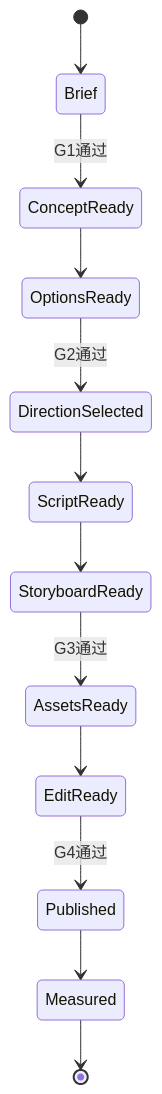
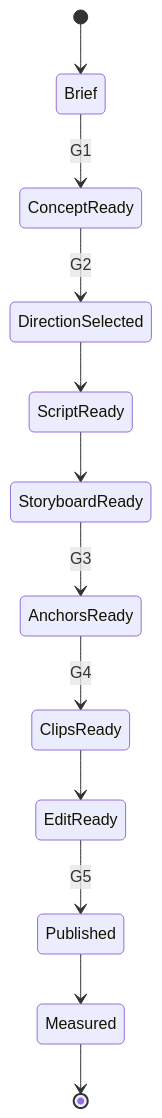
The diagram in docs/architecture.md (yet-tang/fableflow), drawn with Mermaid before and after one commit. The commit also changed other lines of this file and 14 other files, not shown here.

````diff
--- a/docs/architecture.md
+++ b/docs/architecture.md
@@ -53,14 +52,14 @@
 ```mermaid
 stateDiagram-v2
     [*] --> Brief
-    Brief --> ConceptReady: G1通过
-    ConceptReady --> OptionsReady
-    OptionsReady --> DirectionSelected: G2通过
+    Brief --> ConceptReady: G1
+    ConceptReady --> DirectionSelected: G2
     DirectionSelected --> ScriptReady
     ScriptReady --> StoryboardReady
-    StoryboardReady --> AssetsReady: G3通过
-    AssetsReady --> EditReady
-    EditReady --> Published: G4通过
+    StoryboardReady --> AnchorsReady: G3
+    AnchorsReady --> ClipsReady: G4
+    ClipsReady --> EditReady
+    EditReady --> Published: G5
     Published --> Measured
     Measured --> [*]
 ```
````
